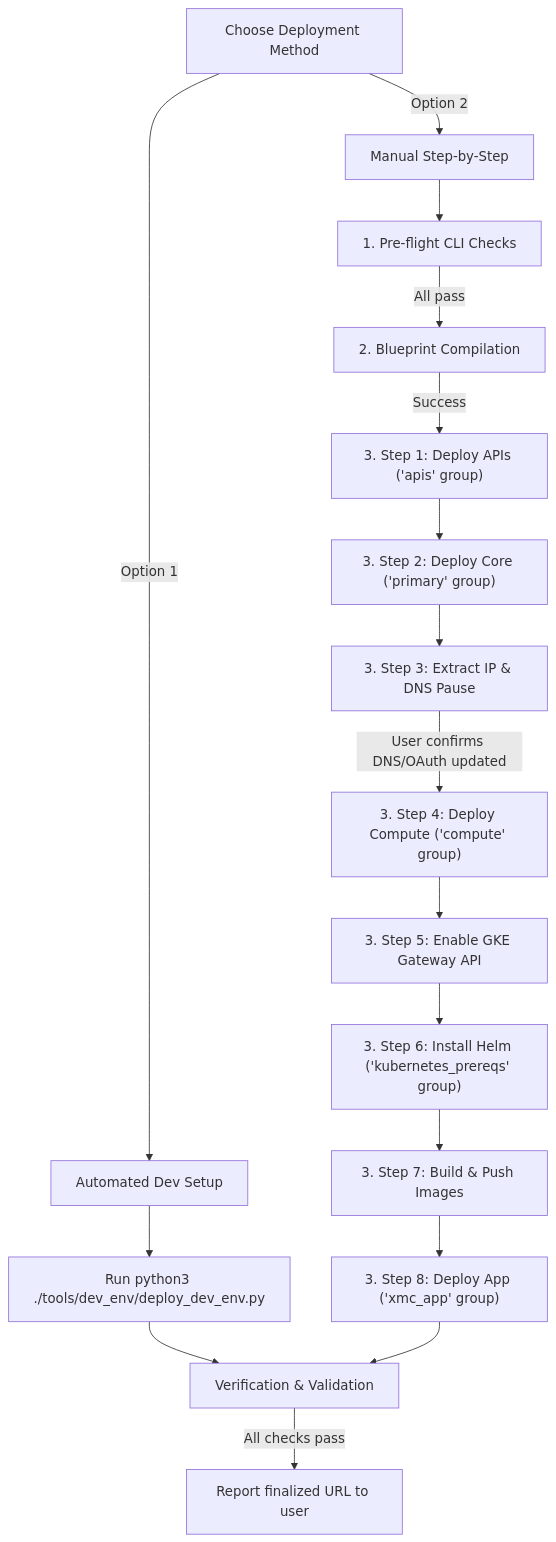
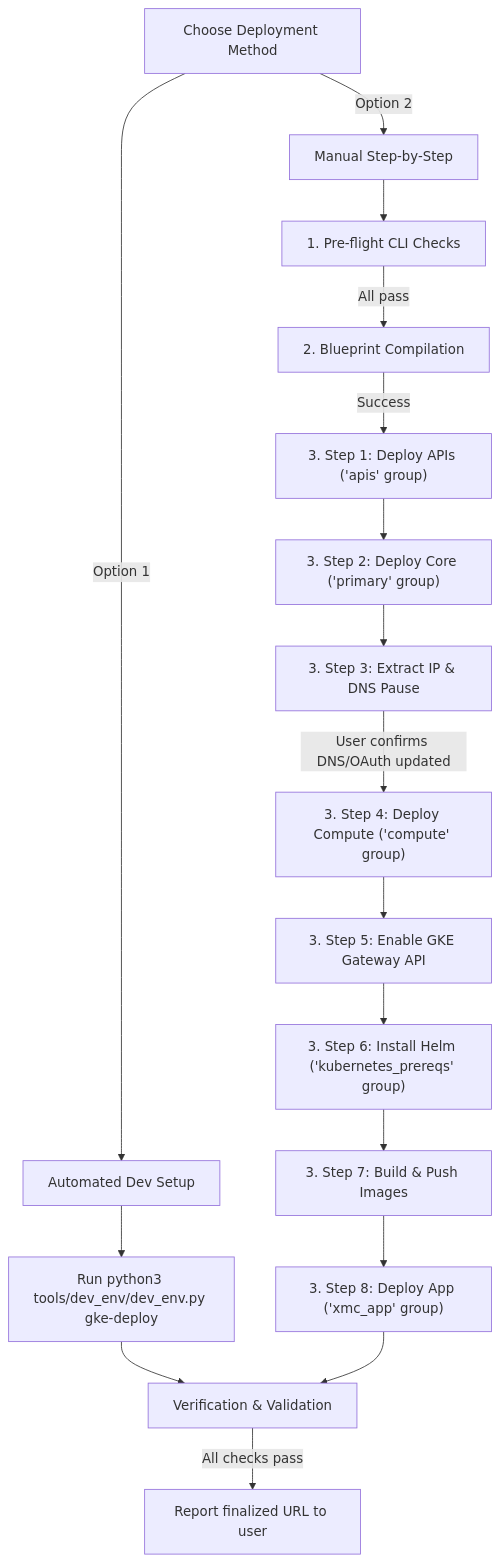
The diagram in .agents/skills/xmc_deploy/SKILL.md (google/xmc), drawn with Mermaid before and after one commit. The commit also changed other lines of this file and 11 other files, not shown here.

First line of the commit message:
feat(tools): introduce unified dev_env.py entrypoint for GKE workflows

````diff
--- a/.agents/skills/xmc_deploy/SKILL.md
+++ b/.agents/skills/xmc_deploy/SKILL.md
@@ -21,22 +21,22 @@
 ```mermaid
 graph TD
     Start[Choose Deployment Method] -->|Option 1| Auto[Automated Dev Setup]
     Start -->|Option 2| Manual[Manual Step-by-Step]
     
-    Auto --> AutoRun["Run python3 ./tools/dev_env/deploy_dev_env.py"]
+    Auto --> AutoRun["Run python3 tools/dev_env/dev_env.py gke-deploy"]
     AutoRun --> Verify[Verification & Validation]
     
     Manual --> A["1. Pre-flight CLI Checks"]
     A -->|All pass| B["2. Blueprint Compilation"]
     B -->|Success| C["3. Step 1: Deploy APIs ('apis' group)"]
     C --> D["3. Step 2: Deploy Core ('primary' group)"]
     D --> E["3. Step 3: Extract IP & DNS Pause"]
     E -->|User confirms DNS/OAuth updated| F["3. Step 4: Deploy Compute ('compute' group)"]
     F --> G["3. Step 5: Enable GKE Gateway API"]
     G --> H["3. Step 6: Install Helm ('kubernetes_prereqs' group)"]
     H --> I["3. Step 7: Build & Push Images"]
     I --> J["3. Step 8: Deploy App ('xmc_app' group)"]
     J --> Verify
     
     Verify -->|All checks pass| L["Report finalized URL to user"]
 ```
````
